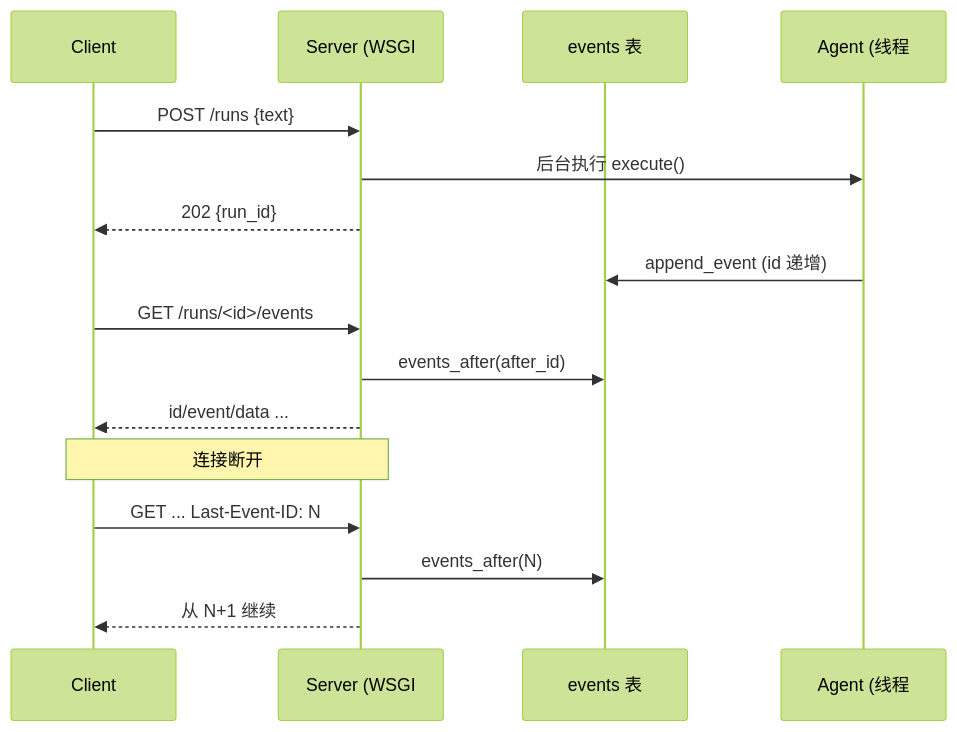
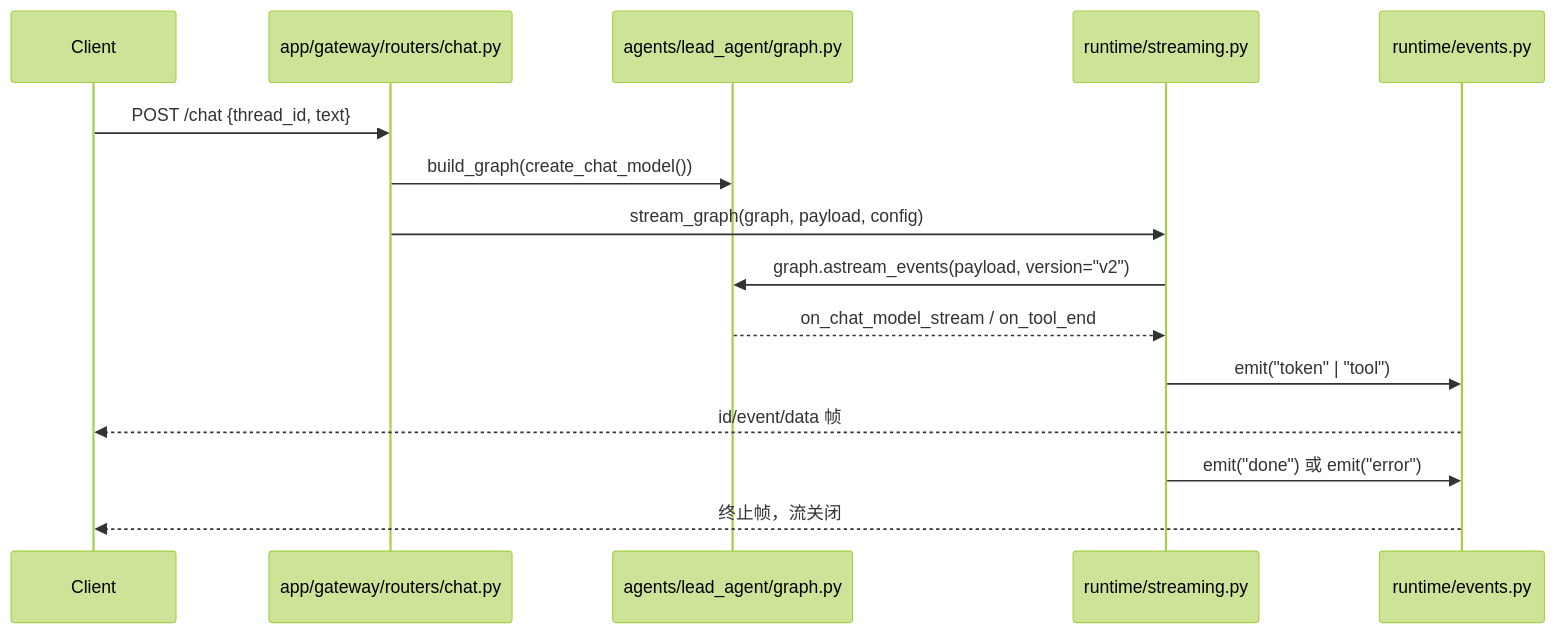
Before and after one commit to G0-000/agent-book: the diagram in work-agent-harness/doc/evoflow-学习规划/01-最小闭环/05-流式事件与断线恢复.md, drawn with Mermaid (forest theme). The commit also changed other lines of this file and 17 other files, not shown here.

````diff
--- a/work-agent-harness/doc/evoflow-学习规划/01-最小闭环/05-流式事件与断线恢复.md
+++ b/work-agent-harness/doc/evoflow-学习规划/01-最小闭环/05-流式事件与断线恢复.md
@@ -20,18 +13,17 @@
 ```mermaid
 sequenceDiagram
     participant C as Client
-    participant S as Server (WSGI
-    participant L as events 表
-    participant A as Agent (线程
-    C->>S: POST /runs {text}
-    S->>A: 后台执行 execute()
-    S-->>C: 202 {run_id}
-    A->>L: append_event (id 递增)
-    C->>S: GET /runs/<id>/events
-    S->>L: events_after(after_id)
-    S-->>C: id/event/data ...
-    Note over C,S: 连接断开
-    C->>S: GET ... Last-Event-ID: N
-    S->>L: events_after(N)
-    S-->>C: 从 N+1 继续
+    participant R as app/gateway/routers/chat.py
+    participant G as agents/lead_agent/graph.py
+    participant S as runtime/streaming.py
+    participant E as runtime/events.py
+    C->>R: POST /chat {thread_id, text}
+    R->>G: build_graph(create_chat_model())
+    R->>S: stream_graph(graph, payload, config)
+    S->>G: graph.astream_events(payload, version="v2")
+    G-->>S: on_chat_model_stream / on_tool_end
+    S->>E: emit("token" | "tool")
+    E-->>C: id/event/data 帧
+    S->>E: emit("done") 或 emit("error")
+    E-->>C: 终止帧，流关闭
 ```
````
